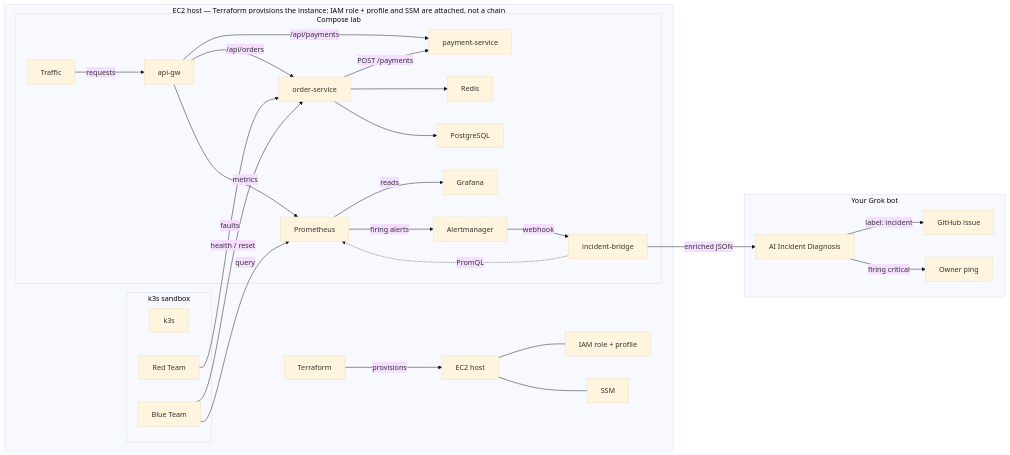
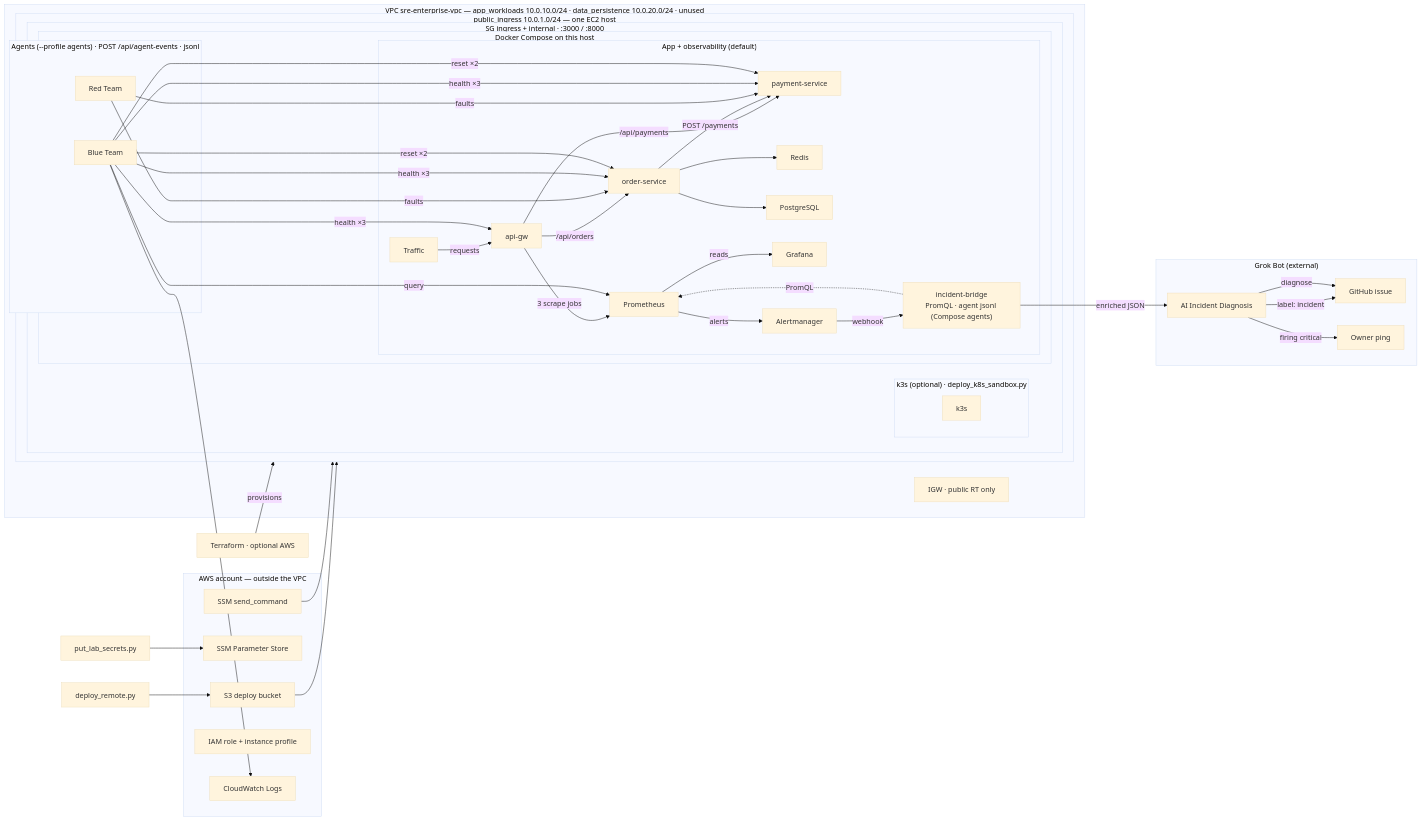
One commit to ritvikindupuri/ResilienceOps changed the diagram in docs/architecture.mmd. Above: the diagram before and after it, drawn with Mermaid. The commit also changed 45 other files, not shown here.

First line of the commit message:
Lab E2E: IAM deployer policy, fault hold, k3s Prometheus path, honest architecture figure (#3)

```diff
--- a/docs/architecture.mmd
+++ b/docs/architecture.mmd
@@ -1,54 +1,75 @@
 %%{init: { "theme": "base", "flowchart": { "curve": "basis" } }}%%
 flowchart LR
-  subgraph aws ["EC2 host — Terraform provisions the instance; IAM role + profile and SSM are attached, not a chain"]
-    TF[Terraform]
-    EC2[EC2 host]
-    IAM[IAM role + profile]
-    SSM[SSM]
-    TF -->|provisions| EC2
-    EC2 --- IAM
-    EC2 --- SSM
-
-    subgraph k3s ["k3s sandbox"]
-      K3S[k3s]
-      RED[Red Team]
-      BLUE[Blue Team]
-    end
-
-    subgraph lab ["Compose lab"]
-      TG[Traffic]
-      GW[api-gw]
-      OS[order-service]
-      PS[payment-service]
-      RD[Redis]
-      PG[PostgreSQL]
-      PROM[Prometheus]
-      GRAF[Grafana]
-      AM[Alertmanager]
-      BR[incident-bridge]
-      TG -->|"requests"| GW
-      GW -->|"/api/orders"| OS
-      GW -->|"/api/payments"| PS
-      OS -->|"POST /payments"| PS
-      OS --> RD
-      OS --> PG
-      GW -->|"metrics"| PROM
-      PROM -->|"reads"| GRAF
-      PROM -->|"firing alerts"| AM
-      AM -->|"webhook"| BR
-      BR -.->|"PromQL"| PROM
+  TF["Terraform · optional AWS"]
+  DEPLOY["deploy_remote.py"]
+  SECRETS["put_lab_secrets.py"]
+  subgraph aws ["AWS account — outside the VPC"]
+    S3["S3 deploy bucket"]
+    PARAM["SSM Parameter Store"]
+    SSM["SSM send_command"]
+    IAM["IAM role + instance profile"]
+    CW["CloudWatch Logs"]
+  end
+  subgraph vpc ["VPC sre-enterprise-vpc — app_workloads 10.0.10.0/24 · data_persistence 10.0.20.0/24 · unused"]
+    IGW["IGW · public RT only"]
+    subgraph pub ["public_ingress 10.0.1.0/24 — one EC2 host"]
+      subgraph sg ["SG ingress + internal · :3000 / :8000"]
+        subgraph k3sopt ["k3s (optional) · deploy_k8s_sandbox.py"]
+          K3S[k3s]
+        end
+        subgraph compose ["Docker Compose on this host"]
+          subgraph agents ["Agents (--profile agents) · POST /api/agent-events · jsonl"]
+            RED[Red Team]
+            BLUE[Blue Team]
+          end
+          subgraph app ["App + observability (default)"]
+          TG[Traffic]
+          GW[api-gw]
+          OS[order-service]
+          PS[payment-service]
+          RD[Redis]
+          PG[PostgreSQL]
+          PROM[Prometheus]
+          GRAF[Grafana]
+          AM[Alertmanager]
+          BR["incident-bridge\nPromQL · agent jsonl (Compose agents)"]
+          TG -->|"requests"| GW
+          GW -->|"/api/orders"| OS
+          GW -->|"/api/payments"| PS
+          OS -->|"POST /payments"| PS
+          OS --> RD
+          OS --> PG
+          GW -->|"3 scrape jobs"| PROM
+          PROM -->|"reads"| GRAF
+          PROM -->|"alerts"| AM
+          AM -->|"webhook"| BR
+          BR -.->|"PromQL"| PROM
+          end
+        end
+      end
     end
   end
 
-  subgraph grok ["Your Grok bot"]
+  subgraph grok ["Grok Bot (external)"]
     BOT["AI Incident Diagnosis"]
     GH[GitHub issue]
     PING[Owner ping]
     BOT -->|"label: incident"| GH
     BOT -->|"firing critical"| PING
   end
 
+  TF -->|provisions| pub
+  DEPLOY --> S3 --> pub
+  SSM --> pub
+  SECRETS --> PARAM
   RED -->|"faults"| OS
-  BLUE -->|"health / reset"| OS
+  RED -->|"faults"| PS
+  BLUE -->|"health ×3"| GW
+  BLUE -->|"health ×3"| OS
+  BLUE -->|"health ×3"| PS
+  BLUE -->|"reset ×2"| OS
+  BLUE -->|"reset ×2"| PS
   BLUE -->|"query"| PROM
+  BLUE --> CW
   BR -->|"enriched JSON"| BOT
+  BOT -->|"diagnose"| GH
```
